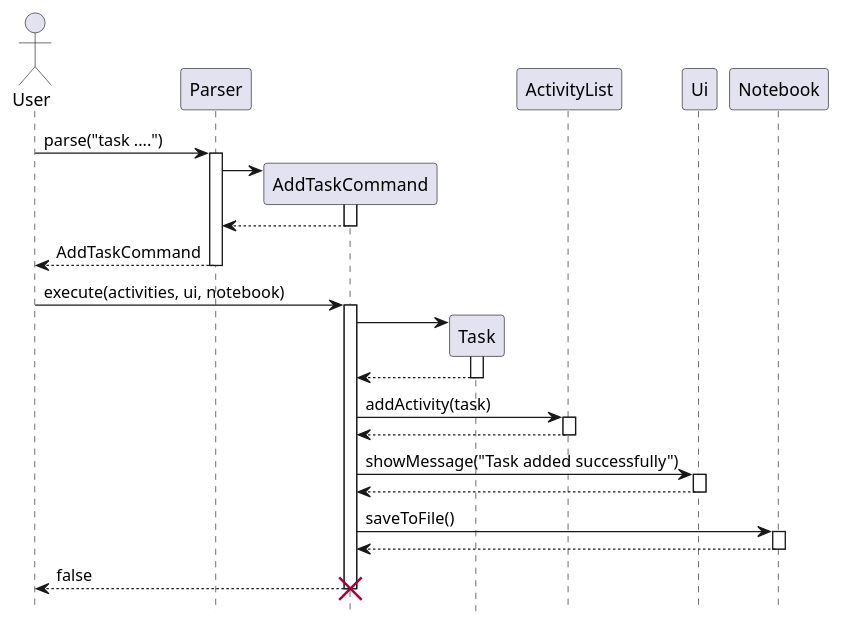
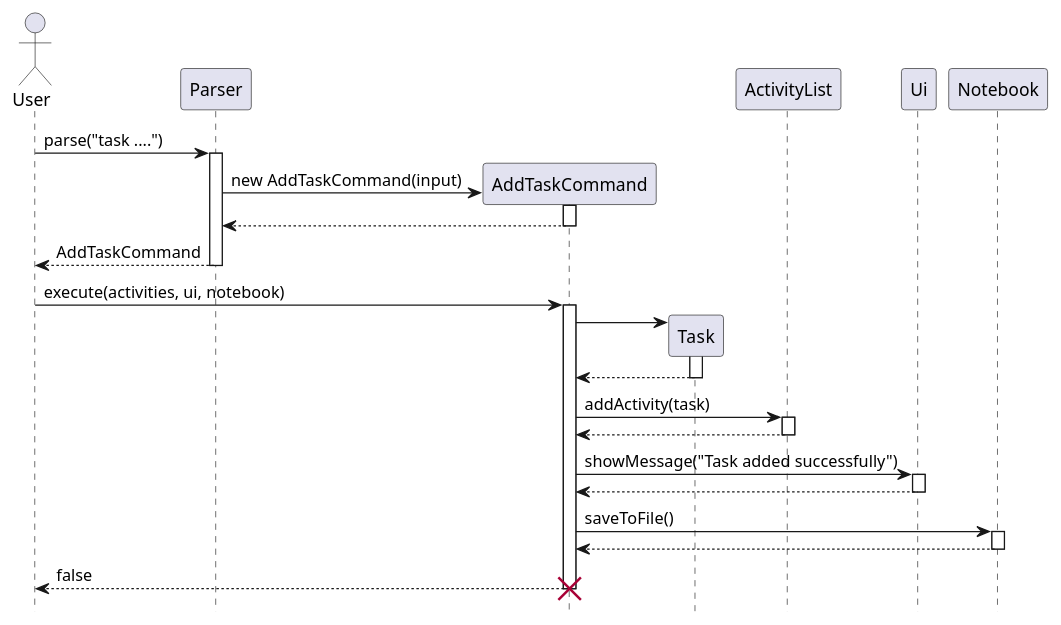
The diagram in docs/diagrams/AddCommands.puml (Kennahh/tp), drawn with PlantUML before and after one commit. The commit also changed 4 other files, not shown here.

```diff
--- a/docs/diagrams/AddCommands.puml
+++ b/docs/diagrams/AddCommands.puml
@@ -1,61 +1,61 @@
 @startuml
 'https://plantuml.com/sequence-diagram
 
 hide footbox
  actor User
  participant Parser
  participant AddTaskCommand
  participant Task
  participant ActivityList
  participant Ui
  participant Notebook
 
  ' Step 1: User input is parsed
  User -> Parser : parse("task ....")
  activate Parser
 
  ' Parser creates AddTaskCommand
  create AddTaskCommand
- Parser -> AddTaskCommand
+ Parser -> AddTaskCommand : new AddTaskCommand(input)
  activate AddTaskCommand
  AddTaskCommand --> Parser
  deactivate AddTaskCommand
 
  ' Parser returns command to User
  Parser --> User : AddTaskCommand
  deactivate Parser
 
  ' Step 2: User executes the command
  User -> AddTaskCommand : execute(activities, ui, notebook)
  activate AddTaskCommand
 
  ' Inside execute(): create a new Task
  create Task
  AddTaskCommand -> Task
  activate Task
  Task --> AddTaskCommand
  deactivate Task
 
  ' Add the task to ActivityList
  AddTaskCommand -> ActivityList : addActivity(task)
  activate ActivityList
  ActivityList --> AddTaskCommand
  deactivate ActivityList
 
  ' Show a message through Ui
  AddTaskCommand -> Ui : showMessage("Task added successfully")
  activate Ui
  Ui --> AddTaskCommand
  deactivate Ui
 
  ' Save to file using Notebook
  AddTaskCommand -> Notebook : saveToFile()
  activate Notebook
  Notebook --> AddTaskCommand
  deactivate Notebook
 
  ' Return value to user
  AddTaskCommand --> User : false
  deactivate AddTaskCommand
  destroy AddTaskCommand
 @enduml
```
